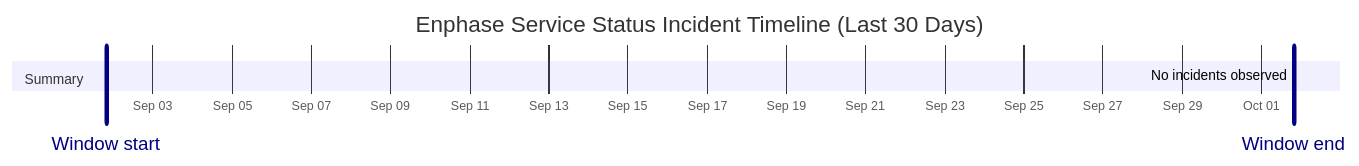
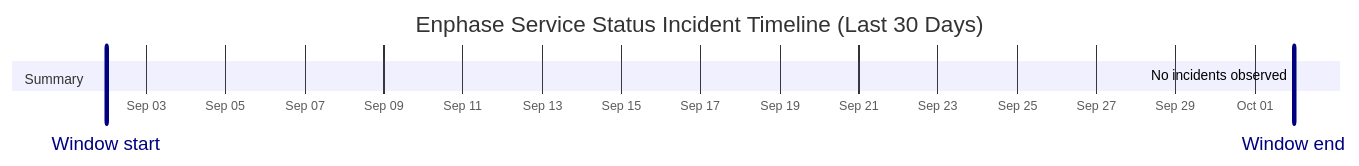
Before and after one commit to barneyonline/ha-enphase-energy: the diagram in wiki/Service-Status-History.md, drawn with Mermaid. The commit also changed other lines of this file and 3 other files, not shown here.

````diff
--- a/wiki/Service-Status-History.md
+++ b/wiki/Service-Status-History.md
@@ -14,10 +14,10 @@
 ```mermaid
 gantt
     title Enphase Service Status Incident Timeline (Last 30 Days)
     dateFormat  YYYY-MM-DDTHH:mm:ss
     axisFormat  %b %d
-    Window start :vert, window-start, 2026-09-01T19:40:27, 0ms
-    Window end :vert, window-end, 2026-10-01T19:40:27, 0ms
+    Window start :vert, window-start, 2026-09-01T23:40:44, 0ms
+    Window end :vert, window-end, 2026-10-01T23:40:44, 0ms
     section Summary
-    No incidents observed :done, 2026-10-01T19:40:27, 1m
+    No incidents observed :done, 2026-10-01T23:40:44, 1m
 ```
````
